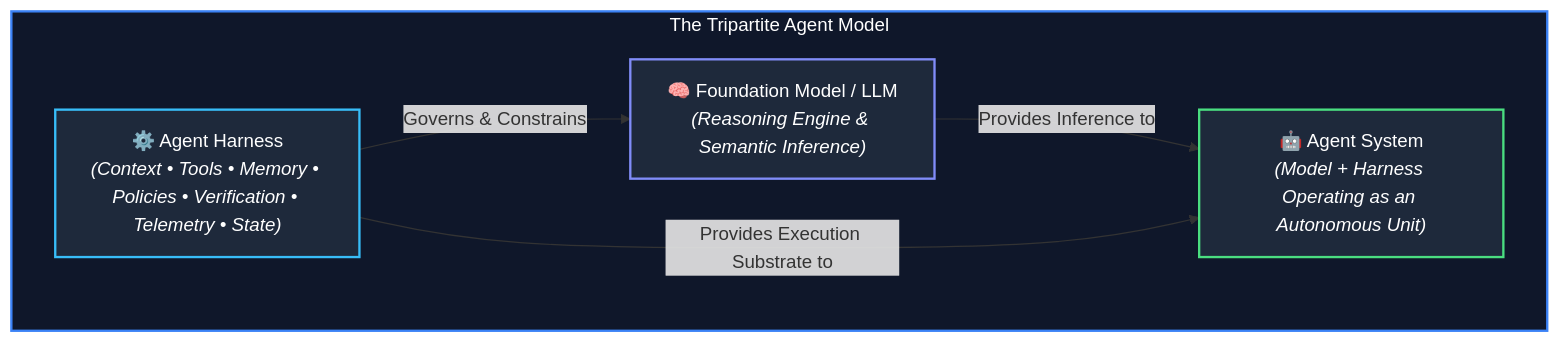
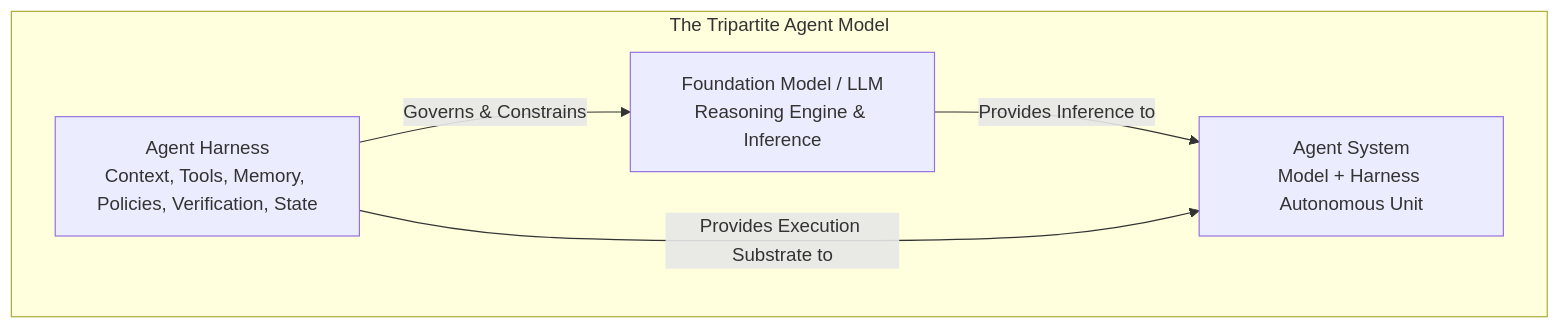
The first of 16 diagrams in README.md (jacobjerryarackal/harness-engineering), drawn with Mermaid before and after one commit. The commit also changed other lines of this file, not shown here.

Commit message:
docs: clean up Mermaid diagrams by removing styling and replace HLD diagram with static image link

````diff
--- a/README.md
+++ b/README.md
@@ -75,17 +75,12 @@
 ```mermaid
 flowchart TB
     subgraph ConceptualModel["The Tripartite Agent Model"]
-        M["🧠 Foundation Model / LLM<br/><i>(Reasoning Engine & Semantic Inference)</i>"]
-        H["⚙️ Agent Harness<br/><i>(Context • Tools • Memory • Policies • Verification • Telemetry • State)</i>"]
-        A["🤖 Agent System<br/><i>(Model + Harness Operating as an Autonomous Unit)</i>"]
+        M["Foundation Model / LLM<br/>Reasoning Engine & Inference"]
+        H["Agent Harness<br/>Context, Tools, Memory, Policies, Verification, State"]
+        A["Agent System<br/>Model + Harness Autonomous Unit"]
     end
 
     H -->|Governs & Constrains| M
     M -->|Provides Inference to| A
     H -->|Provides Execution Substrate to| A
-
-    style ConceptualModel fill:#0f172a,stroke:#3b82f6,stroke-width:2px,color:#fff
-    style M fill:#1e293b,stroke:#818cf8,stroke-width:2px,color:#fff
-    style H fill:#1e293b,stroke:#38bdf8,stroke-width:2px,color:#fff
-    style A fill:#1e293b,stroke:#4ade80,stroke-width:2px,color:#fff
 ```
````
